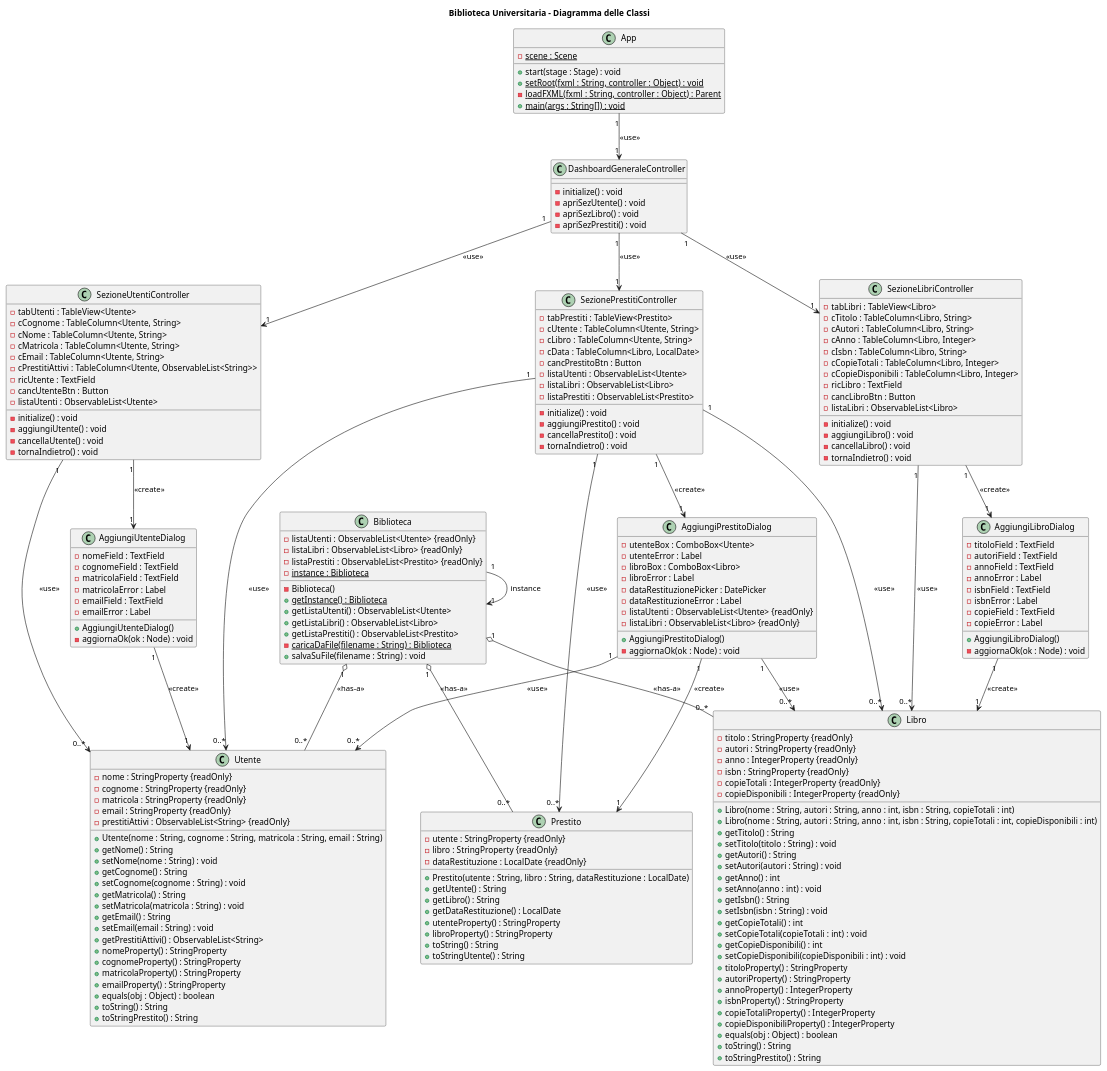
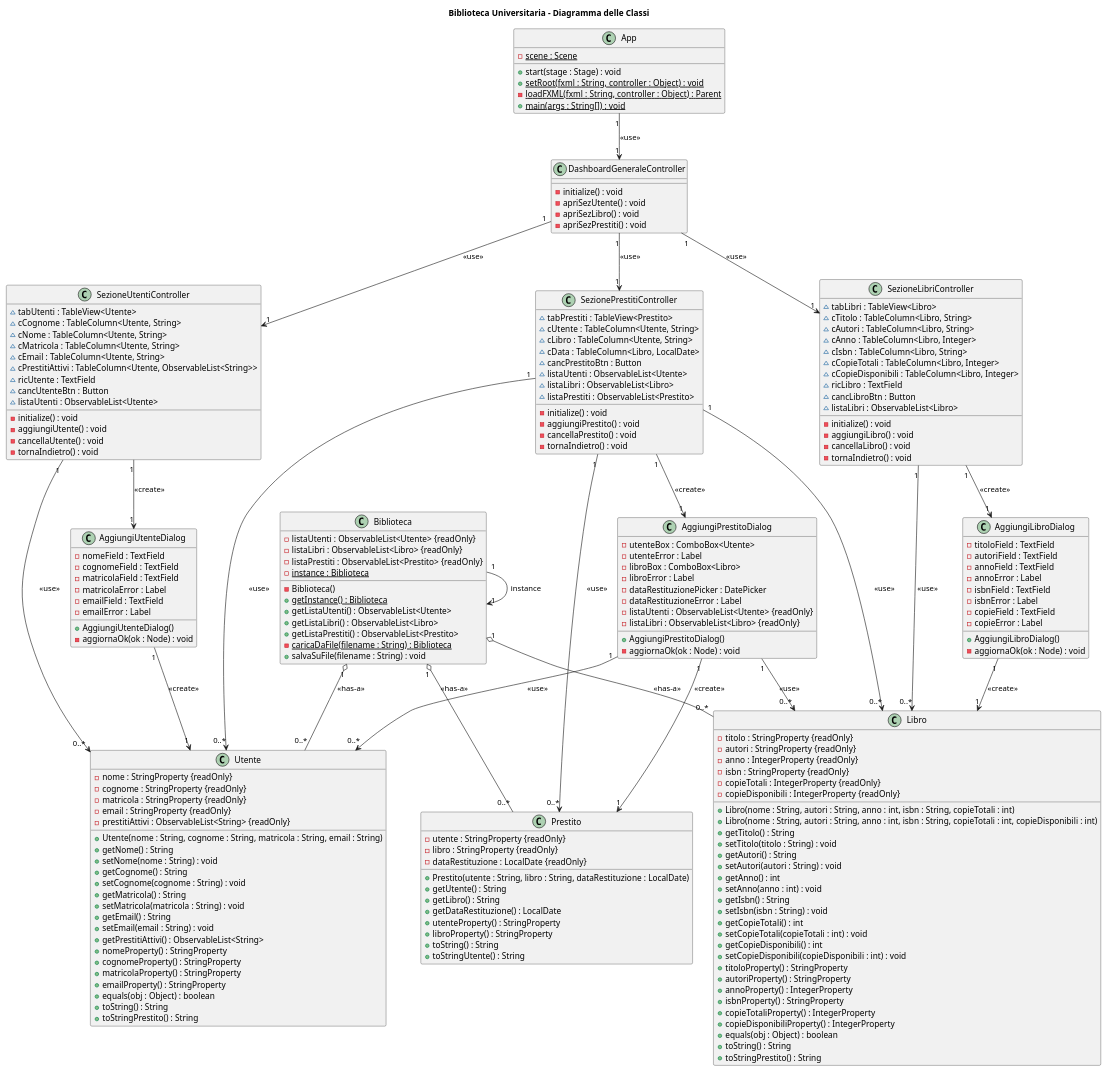
The diagram in Diagrams/Class Diagrams/PlantUML/Diagramma delle Classi.puml (AngeloMastandrea04/SoftEng2025_G19), drawn with PlantUML before and after one commit. The commit also changed 3 other files, not shown here.

First line of the commit message:
Update Oracoli per il test di Biblioteca, Update dei Diagrammi delle Classi

```diff
--- a/Diagrams/Class Diagrams/PlantUML/Diagramma delle Classi.puml
+++ b/Diagrams/Class Diagrams/PlantUML/Diagramma delle Classi.puml
@@ -104,16 +104,16 @@
 }
 
 class SezioneLibriController {
-    - tabLibri : TableView<Libro>
-    - cTitolo : TableColumn<Libro, String>
-    - cAutori : TableColumn<Libro, String>
-    - cAnno : TableColumn<Libro, Integer>
-    - cIsbn : TableColumn<Libro, String>
-    - cCopieTotali : TableColumn<Libro, Integer>
-    - cCopieDisponibili : TableColumn<Libro, Integer>
-    - ricLibro : TextField
-    - cancLibroBtn : Button
-    - listaLibri : ObservableList<Libro>
+    ~ tabLibri : TableView<Libro>
+    ~ cTitolo : TableColumn<Libro, String>
+    ~ cAutori : TableColumn<Libro, String>
+    ~ cAnno : TableColumn<Libro, Integer>
+    ~ cIsbn : TableColumn<Libro, String>
+    ~ cCopieTotali : TableColumn<Libro, Integer>
+    ~ cCopieDisponibili : TableColumn<Libro, Integer>
+    ~ ricLibro : TextField
+    ~ cancLibroBtn : Button
+    ~ listaLibri : ObservableList<Libro>
     - initialize() : void
     - aggiungiLibro() : void
     - cancellaLibro() : void
@@ -121,15 +121,15 @@
 }
 
 class SezioneUtentiController {
-    - tabUtenti : TableView<Utente>
-    - cCognome : TableColumn<Utente, String>
-    - cNome : TableColumn<Utente, String>
-    - cMatricola : TableColumn<Utente, String>
-    - cEmail : TableColumn<Utente, String>
-    - cPrestitiAttivi : TableColumn<Utente, ObservableList<String>>
-    - ricUtente : TextField
-    - cancUtenteBtn : Button
-    - listaUtenti : ObservableList<Utente>
+    ~ tabUtenti : TableView<Utente>
+    ~ cCognome : TableColumn<Utente, String>
+    ~ cNome : TableColumn<Utente, String>
+    ~ cMatricola : TableColumn<Utente, String>
+    ~ cEmail : TableColumn<Utente, String>
+    ~ cPrestitiAttivi : TableColumn<Utente, ObservableList<String>>
+    ~ ricUtente : TextField
+    ~ cancUtenteBtn : Button
+    ~ listaUtenti : ObservableList<Utente>
     - initialize() : void
     - aggiungiUtente() : void
     - cancellaUtente() : void
@@ -137,14 +137,14 @@
 }
 
 class SezionePrestitiController {
-    - tabPrestiti : TableView<Prestito>
-    - cUtente : TableColumn<Utente, String>
-    - cLibro : TableColumn<Utente, String>
-    - cData : TableColumn<Libro, LocalDate>
-    - cancPrestitoBtn : Button
-    - listaUtenti : ObservableList<Utente>
-    - listaLibri : ObservableList<Libro>
-    - listaPrestiti : ObservableList<Prestito>
+    ~ tabPrestiti : TableView<Prestito>
+    ~ cUtente : TableColumn<Utente, String>
+    ~ cLibro : TableColumn<Utente, String>
+    ~ cData : TableColumn<Libro, LocalDate>
+    ~ cancPrestitoBtn : Button
+    ~ listaUtenti : ObservableList<Utente>
+    ~ listaLibri : ObservableList<Libro>
+    ~ listaPrestiti : ObservableList<Prestito>
     - initialize() : void
     - aggiungiPrestito() : void
     - cancellaPrestito() : void
```
